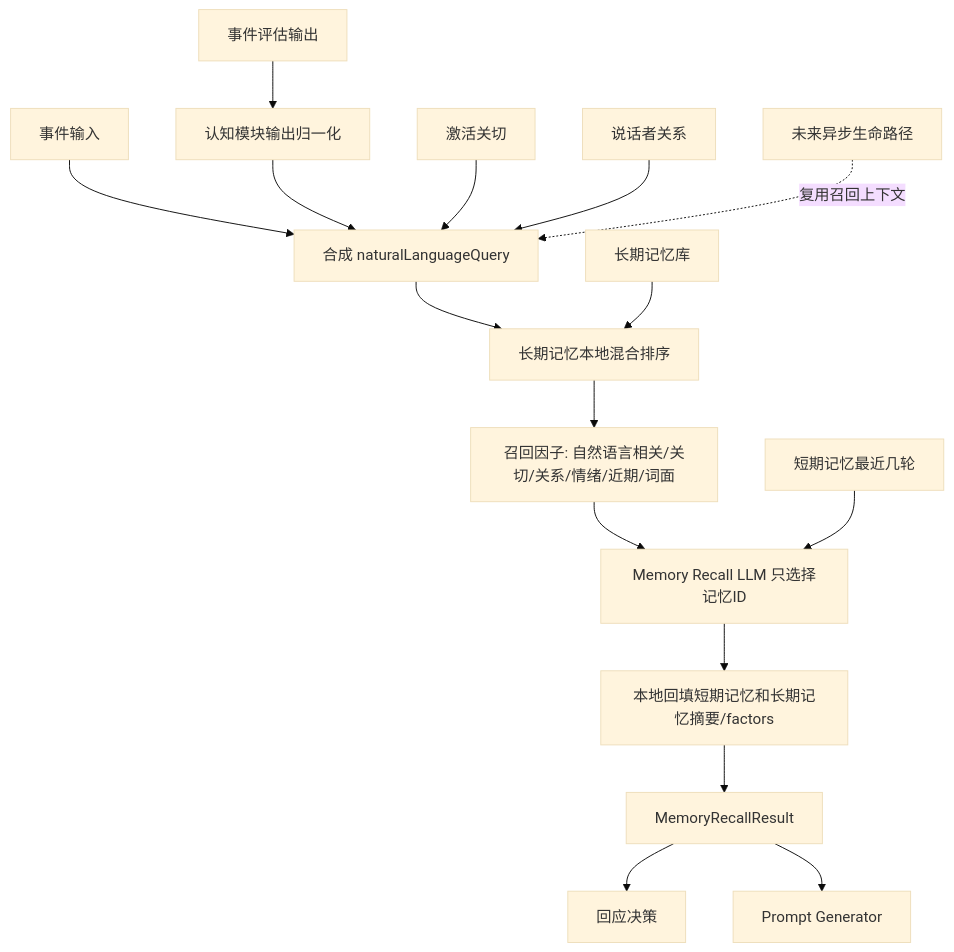
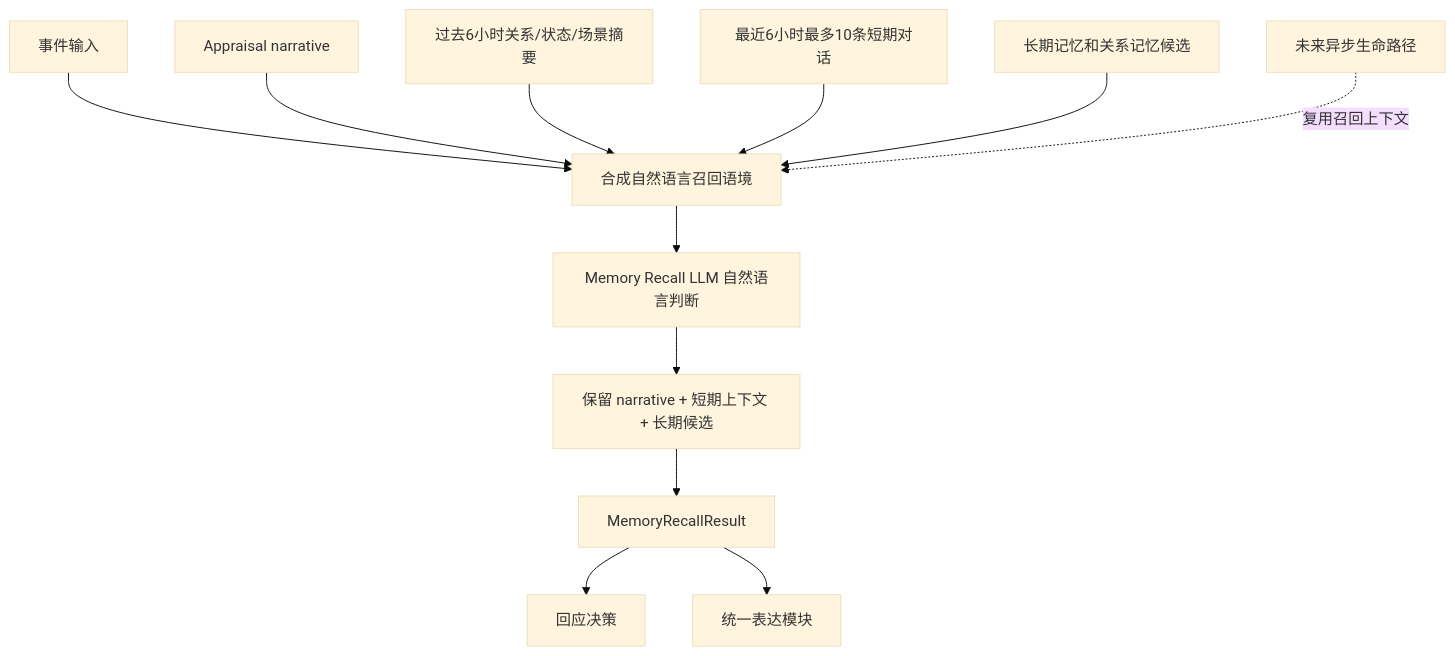
The sixth of 31 diagrams in docs/SYSTEM_FLOW.md (ttmanthatman/virtual-human-flow), drawn with Mermaid (base theme) before and after one commit. The commit also changed other lines of this file and 23 other files, not shown here.

Commit message:
Rewrite conversation pipeline around natural-language cognition

````diff
--- a/docs/SYSTEM_FLOW.md
+++ b/docs/SYSTEM_FLOW.md
@@ -180,18 +180,14 @@
 ```mermaid
 flowchart TD
-    E[事件输入] --> Q[合成 naturalLanguageQuery]
-    A[事件评估输出] --> N[认知模块输出归一化]
-    N --> Q
-    C[激活关切] --> Q
-    R[说话者关系] --> Q
-    Q --> S[长期记忆本地混合排序]
-    L[长期记忆库] --> S
-    S --> F[召回因子: 自然语言相关/关切/关系/情绪/近期/词面]
-    F --> M[Memory Recall LLM 只选择记忆ID]
-    B[短期记忆最近几轮] --> M
-    M --> H[本地回填短期记忆和长期记忆摘要/factors]
+    E[事件输入] --> Q[合成自然语言召回语境]
+    A[Appraisal narrative] --> Q
+    R[过去6小时关系/状态/场景摘要] --> Q
+    B[最近6小时最多10条短期对话] --> Q
+    L[长期记忆和关系记忆候选] --> Q
+    Q --> M[Memory Recall LLM 自然语言判断]
+    M --> H[保留 narrative + 短期上下文 + 长期候选]
     H --> O[MemoryRecallResult]
     O --> D[回应决策]
-    O --> P[Prompt Generator]
+    O --> P[统一表达模块]
     X[未来异步生命路径] -. 复用召回上下文 .-> Q
 ```
````
